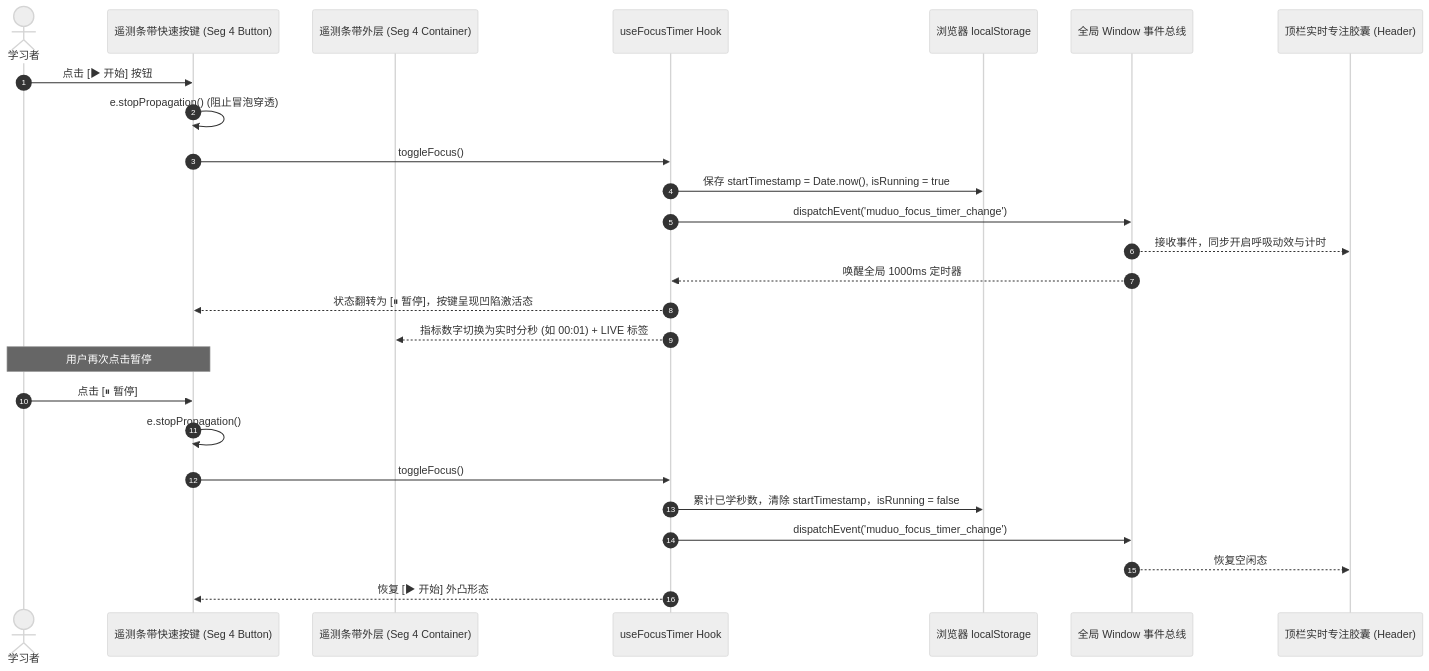
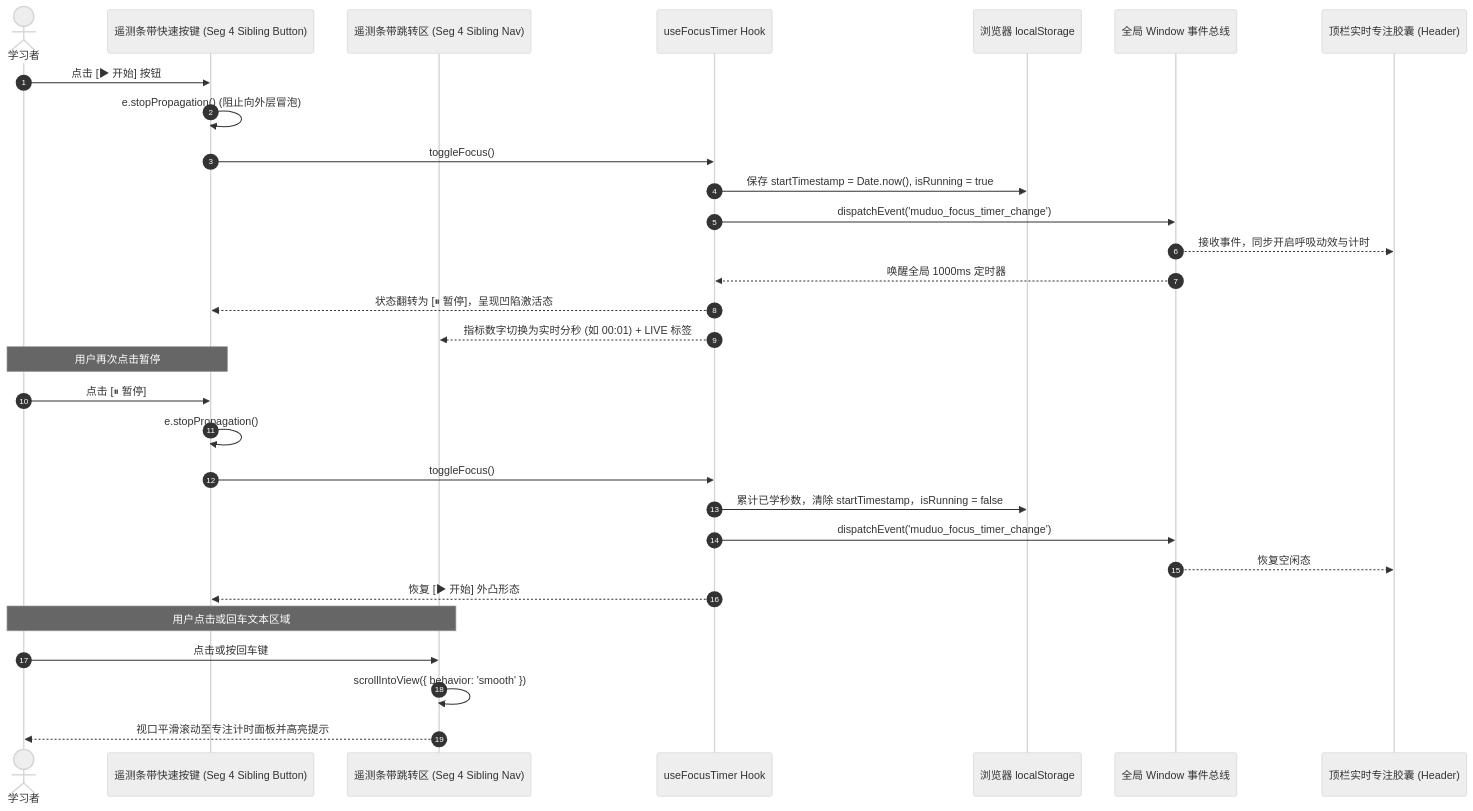
Diagram 48 of 49 in DEV_JOURNAL.md (Coolzs77/muduo-study-console), drawn with Mermaid (neutral theme) before and after one commit. The commit also changed other lines of this file and 3 other files, not shown here.

````diff
--- a/DEV_JOURNAL.md
+++ b/DEV_JOURNAL.md
@@ -3306,30 +3341,35 @@
 ```mermaid
 sequenceDiagram
     autonumber
     actor User as 学习者
-    participant QuickBtn as 遥测条带快速按键 (Seg 4 Button)
-    participant Segment as 遥测条带外层 (Seg 4 Container)
+    participant QuickBtn as 遥测条带快速按键 (Seg 4 Sibling Button)
+    participant NavZone as 遥测条带跳转区 (Seg 4 Sibling Nav)
     participant Hook as useFocusTimer Hook
     participant Storage as 浏览器 localStorage
     participant EventBus as 全局 Window 事件总线
     participant HeaderPill as 顶栏实时专注胶囊 (Header)
 
     User->>QuickBtn: 点击 [▶ 开始] 按钮
-    QuickBtn->>QuickBtn: e.stopPropagation() (阻止冒泡穿透)
+    QuickBtn->>QuickBtn: e.stopPropagation() (阻止向外层冒泡)
     QuickBtn->>Hook: toggleFocus()
     Hook->>Storage: 保存 startTimestamp = Date.now(), isRunning = true
     Hook->>EventBus: dispatchEvent('muduo_focus_timer_change')
     EventBus-->>HeaderPill: 接收事件，同步开启呼吸动效与计时
     EventBus-->>Hook: 唤醒全局 1000ms 定时器
-    Hook-->>QuickBtn: 状态翻转为 [⏸ 暂停]，按键呈现凹陷激活态
-    Hook-->>Segment: 指标数字切换为实时分秒 (如 00:01) + LIVE 标签
+    Hook-->>QuickBtn: 状态翻转为 [⏸ 暂停]，呈现凹陷激活态
+    Hook-->>NavZone: 指标数字切换为实时分秒 (如 00:01) + LIVE 标签
     
     Note over User, QuickBtn: 用户再次点击暂停
     User->>QuickBtn: 点击 [⏸ 暂停]
     QuickBtn->>QuickBtn: e.stopPropagation()
     QuickBtn->>Hook: toggleFocus()
     Hook->>Storage: 累计已学秒数，清除 startTimestamp，isRunning = false
     Hook->>EventBus: dispatchEvent('muduo_focus_timer_change')
     EventBus-->>HeaderPill: 恢复空闲态
     Hook-->>QuickBtn: 恢复 [▶ 开始] 外凸形态
+    
+    Note over User, NavZone: 用户点击或回车文本区域
+    User->>NavZone: 点击或按回车键
+    NavZone->>NavZone: scrollIntoView({ behavior: 'smooth' })
+    NavZone-->>User: 视口平滑滚动至专注计时面板并高亮提示
 ```
````
